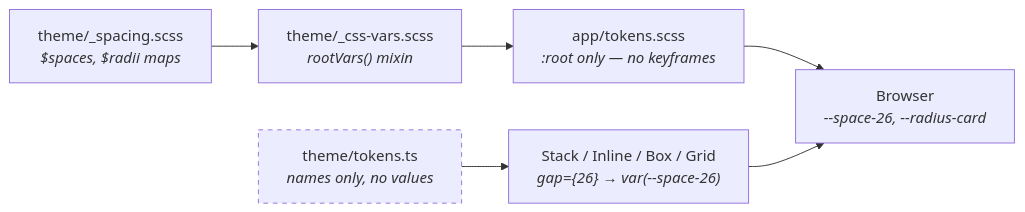
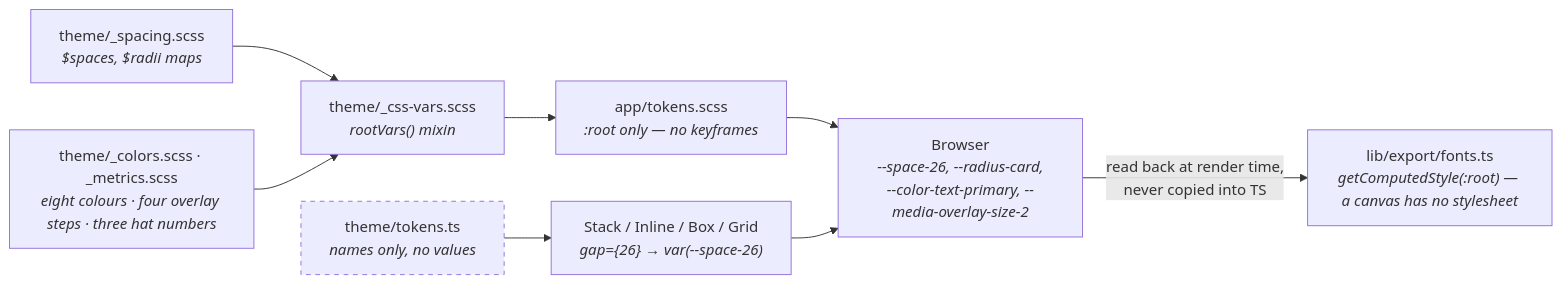
Before and after one commit to Jmeza081/captionist: the seventh of 14 diagrams in docs/architecture.md, drawn with Mermaid. The commit also changed other lines of this file and 3 other files, not shown here.

````diff
--- a/docs/architecture.md
+++ b/docs/architecture.md
@@ -2914,14 +3082,18 @@
 ```mermaid
 graph LR
   S["theme/_spacing.scss<br/><i>$spaces, $radii maps</i>"]
+  CM["theme/_colors.scss · _metrics.scss<br/><i>eight colours · four overlay steps · three hat numbers</i>"]
   V["theme/_css-vars.scss<br/><i>rootVars() mixin</i>"]
   T["app/tokens.scss<br/><i>:root only — no keyframes</i>"]
-  B["Browser<br/><i>--space-26, --radius-card</i>"]
+  B["Browser<br/><i>--space-26, --radius-card,<br/>--color-text-primary, --media-overlay-size-2</i>"]
   TS["theme/tokens.ts<br/><i>names only, no values</i>"]
   P["Stack / Inline / Box / Grid<br/><i>gap={26} → var(--space-26)</i>"]
+  FX["lib/export/fonts.ts<br/><i>getComputedStyle(:root) — a canvas has no stylesheet</i>"]
 
   S --> V --> T --> B
+  CM --> V
   TS --> P --> B
+  B -->|"read back at render time,<br/>never copied into TS"| FX
 
   style TS stroke-dasharray: 5 5
 ```
````
